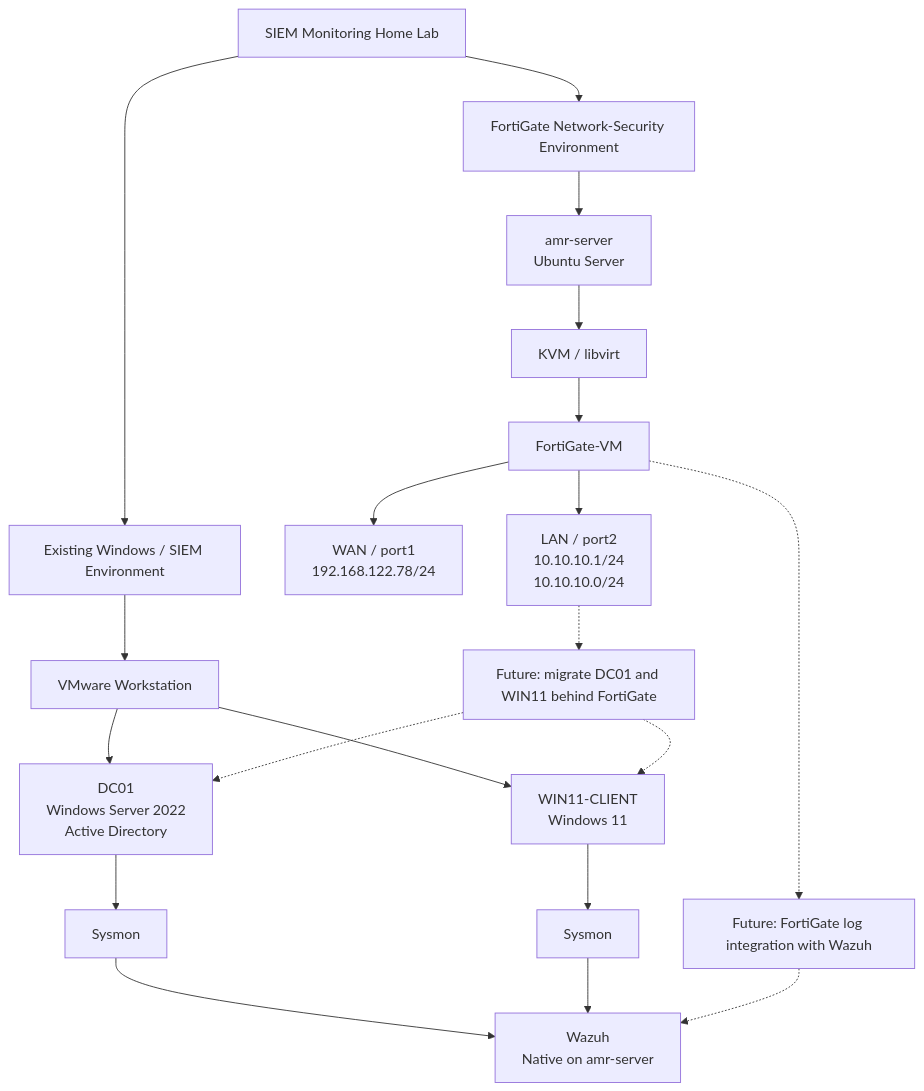
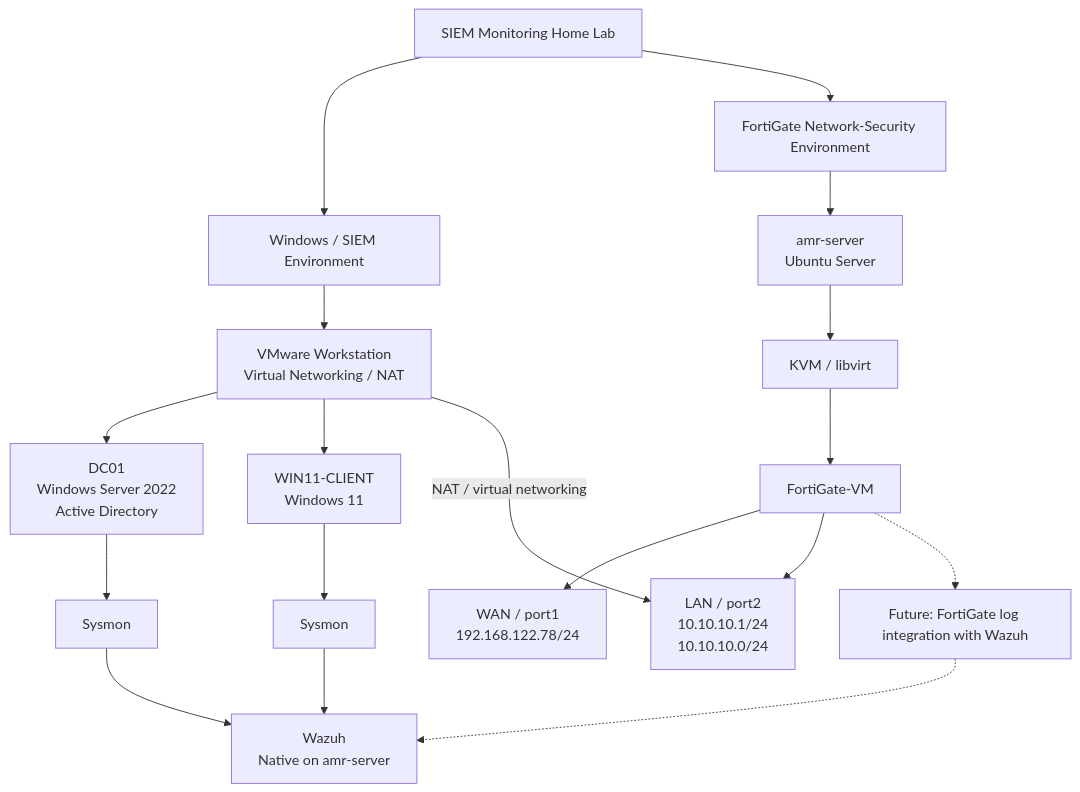
Before and after one commit to amr294/SIEM-Monitoring-Home-Lab: the diagram in docs/00-Current-Lab-Architecture.md, drawn with Mermaid. The commit also changed other lines of this file, not shown here.

Commit message:
align current architecture documentation

````diff
--- a/docs/00-Current-Lab-Architecture.md
+++ b/docs/00-Current-Lab-Architecture.md
@@ -53,29 +53,30 @@
 ```mermaid
 flowchart TB
     LAB[SIEM Monitoring Home Lab]
 
-    LAB --> WINENV[Existing Windows / SIEM Environment]
+    LAB --> WINENV[Windows / SIEM Environment]
     LAB --> FGENV[FortiGate Network-Security Environment]
 
-    WINENV --> VMWARE[VMware Workstation]
-    VMWARE --> DC[DC01\nWindows Server 2022\nActive Directory]
-    VMWARE --> WIN11[WIN11-CLIENT\nWindows 11]
+    WINENV --> VMWARE[VMware Workstation<br/>Virtual Networking / NAT]
+
+    VMWARE --> DC[DC01<br/>Windows Server 2022<br/>Active Directory]
+    VMWARE --> WIN11[WIN11-CLIENT<br/>Windows 11]
+
     DC --> SYS1[Sysmon]
     WIN11 --> SYS2[Sysmon]
-    SYS1 --> WAZUH[Wazuh\nNative on amr-server]
+
+    SYS1 --> WAZUH[Wazuh<br/>Native on amr-server]
     SYS2 --> WAZUH
 
-    FGENV --> UBUNTU[amr-server\nUbuntu Server]
+    FGENV --> UBUNTU[amr-server<br/>Ubuntu Server]
     UBUNTU --> KVM[KVM / libvirt]
     KVM --> FGT[FortiGate-VM]
-    FGT --> WAN[WAN / port1\n192.168.122.78/24]
-    FGT --> LAN[LAN / port2\n10.10.10.1/24\n10.10.10.0/24]
 
-    FUTURE[Future: migrate DC01 and WIN11 behind FortiGate]
-    LAN -.-> FUTURE
-    FUTURE -.-> DC
-    FUTURE -.-> WIN11
+    FGT --> WAN[WAN / port1<br/>192.168.122.78/24]
+    FGT --> LAN[LAN / port2<br/>10.10.10.1/24<br/>10.10.10.0/24]
+
+    VMWARE -->|NAT / virtual networking| LAN
 
     FGT -.-> FWAZUH[Future: FortiGate log integration with Wazuh]
     FWAZUH -.-> WAZUH
 ```
````
